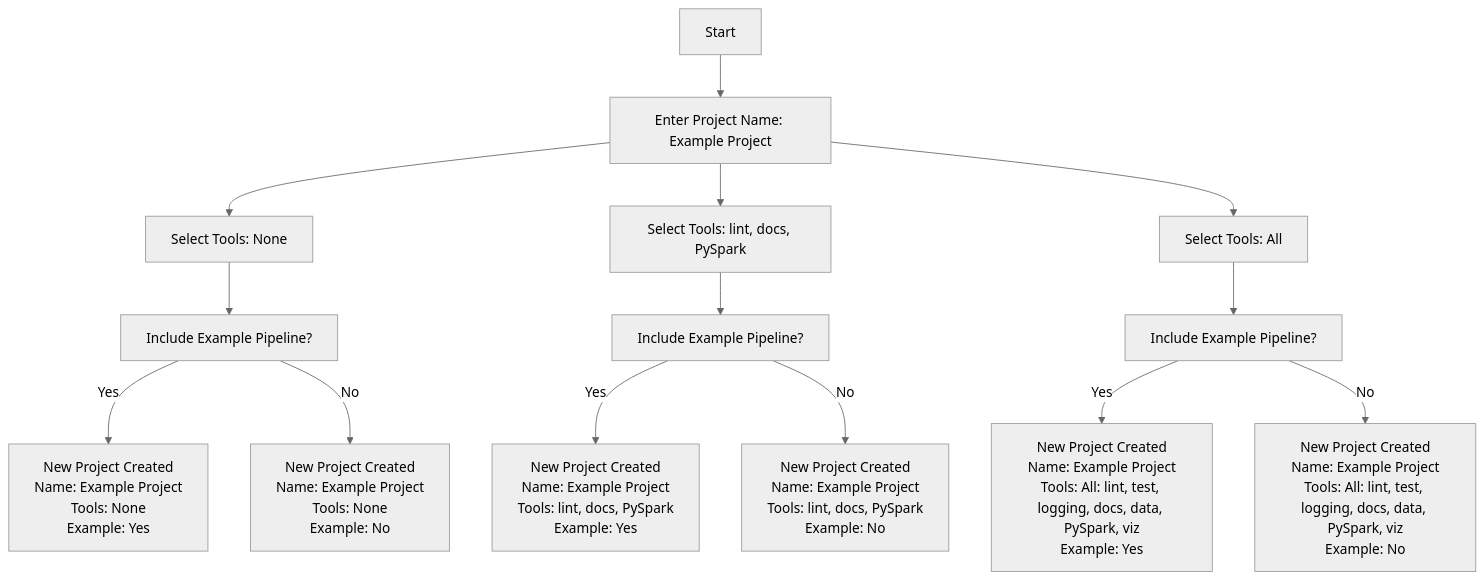
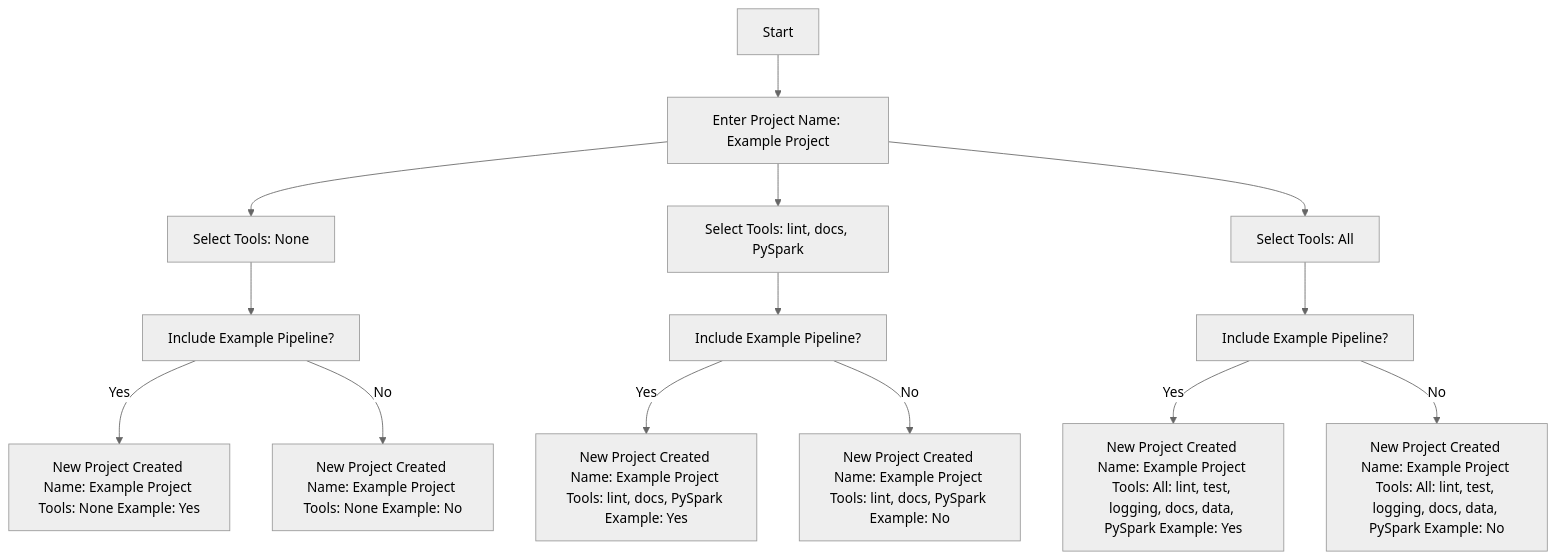
Before and after one commit to kedro-org/kedro: the diagram in docs/create/new_project_tools.md, drawn with Mermaid (neutral theme). The commit also changed other lines of this file and 2 other files, not shown here.

Commit message:
Update tools page to remove `viz` (#4914)
* Remove viz from tools page

* Replace diagram image with mermaid diagram

* Remove random piece at bottom of page

---------

````diff
--- a/docs/create/new_project_tools.md
+++ b/docs/create/new_project_tools.md
@@ -264,16 +258,16 @@
 ```mermaid
 flowchart TD
     A[Start] --> B[Enter Project Name: Example Project]
     B --> C3[Select Tools: None]
     B --> C1[Select Tools: lint, docs, PySpark]
     B --> C2[Select Tools: All]
     C1 --> D1[Include Example Pipeline?]
     C2 --> D2[Include Example Pipeline?]
     C3 --> D3[Include Example Pipeline?]
-    D1 -- Yes --> E1[New Project Created\nName: Example Project\nTools: lint, docs, PySpark\nExample: Yes]
-    D1 -- No --> E2[New Project Created\nName: Example Project\nTools: lint, docs, PySpark\nExample: No]
-    D2 -- Yes --> F1[New Project Created\nName: Example Project\nTools: All: lint, test, logging, docs, data, PySpark, viz\nExample: Yes]
-    D2 -- No --> F2[New Project Created\nName: Example Project\nTools: All: lint, test, logging, docs, data, PySpark, viz\nExample: No]
-    D3 -- Yes --> G1[New Project Created\nName: Example Project\nTools: None\nExample: Yes]
-    D3 -- No --> G2[New Project Created\nName: Example Project\nTools: None\nExample: No]
+    D1 -- Yes --> E1["New Project Created Name: Example Project Tools: lint, docs, PySpark Example: Yes"]
+    D1 -- No --> E2["New Project Created Name: Example Project Tools: lint, docs, PySpark Example: No"]
+    D2 -- Yes --> F1["New Project Created Name: Example Project Tools: All: lint, test, logging, docs, data, PySpark Example: Yes"]
+    D2 -- No --> F2["New Project Created Name: Example Project Tools: All: lint, test, logging, docs, data, PySpark Example: No"]
+    D3 -- Yes --> G1["New Project Created Name: Example Project Tools: None Example: Yes"]
+    D3 -- No --> G2["New Project Created Name: Example Project Tools: None Example: No"]
 ```
````
